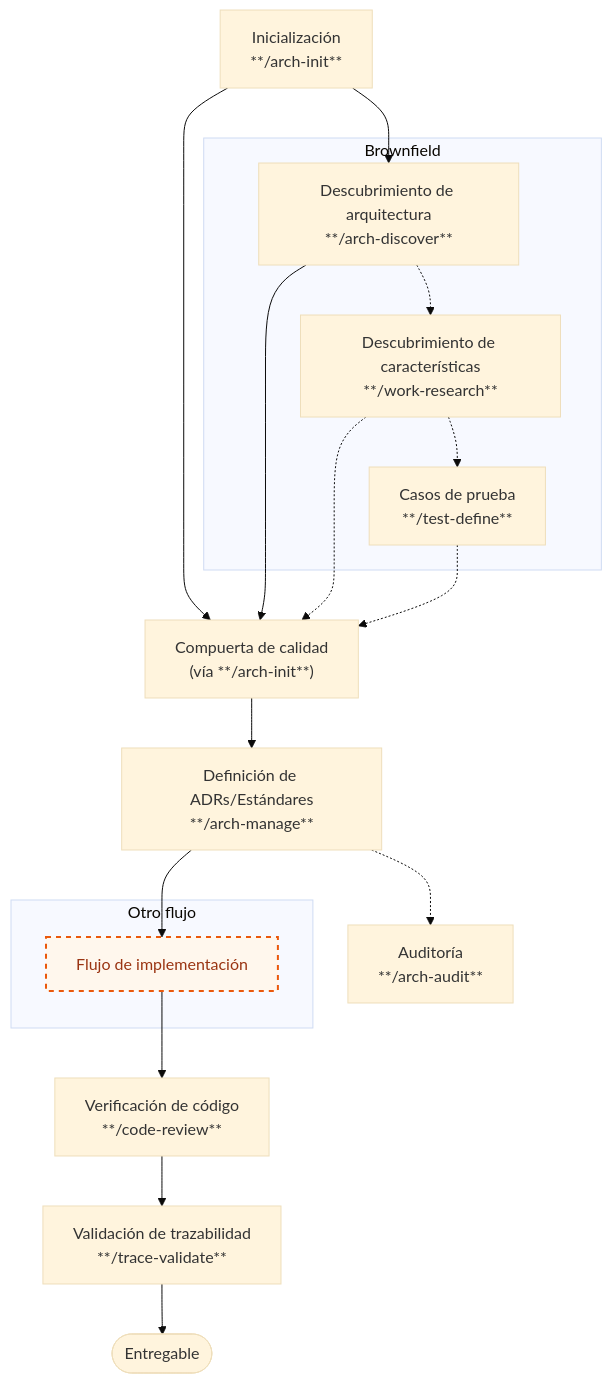
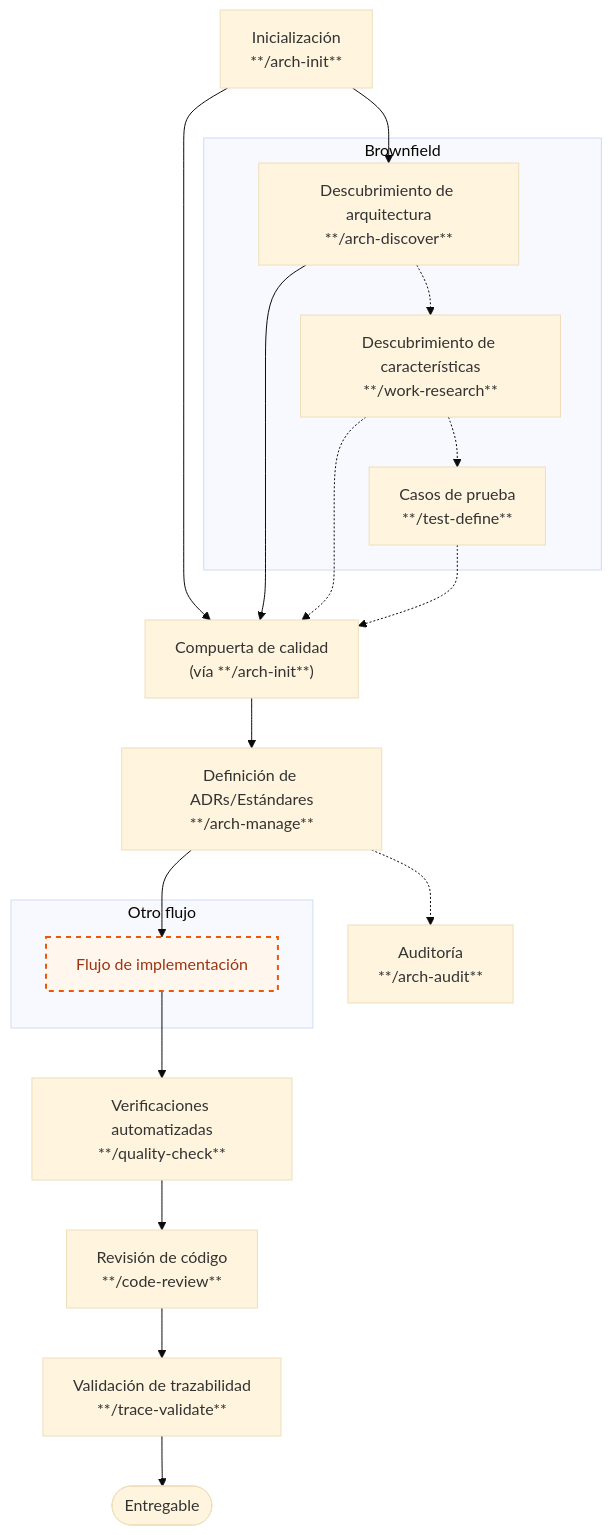
Before and after one commit to juanca202/ai: the first of 3 diagrams in README.md, drawn with Mermaid (base theme). The commit also changed other lines of this file and 29 other files, not shown here.

First line of the commit message:
feat: extract quality-check as standalone skill from code-review

````diff
--- a/README.md
+++ b/README.md
@@ -43,26 +43,27 @@
 ```mermaid
 flowchart TD
     INIT["Inicialización<br/>**/arch-init**"]
     subgraph BF["Brownfield"]
         BA["Descubrimiento de arquitectura<br/>**/arch-discover**"]
         BA -.-> WR["Descubrimiento de características<br/>**/work-research**"]
         WR -.-> TD["Casos de prueba<br/>**/test-define**"]
     end
     INIT --> BA
     INIT --> T["Compuerta de calidad<br/>(vía **/arch-init**)"]
     BA --> T
     WR -.-> T
     TD -.-> T
     T --> S["Definición de ADRs/Estándares<br/>**/arch-manage**"]
     S -.-> AUD["Auditoría<br/>**/arch-audit**"]
     subgraph NESTED["Otro flujo"]
         IMPL["Flujo de implementación"]
     end
     S --> IMPL
-    IMPL --> V1["Verificación de código<br/>**/code-review**"]
+    IMPL --> V0["Verificaciones automatizadas<br/>**/quality-check**"]
+    V0 --> V1["Revisión de código<br/>**/code-review**"]
     V1 --> V2["Validación de trazabilidad<br/>**/trace-validate**"]
     V2 --> DONE(["Entregable"])
 
     classDef nestedFlow fill:#fff7ed,stroke:#ea580c,stroke-width:2px,stroke-dasharray:5 5,color:#9a3412
     class IMPL nestedFlow
 ```
````
